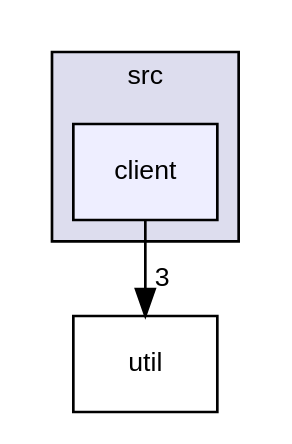
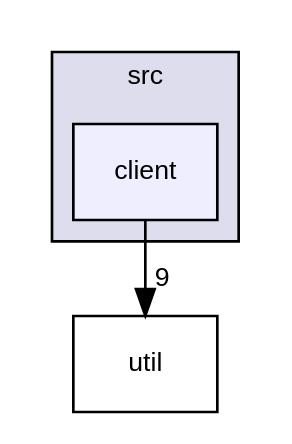
The diagram in dir_6908ff505388a07996d238c763adbdab_dep.dot (ctrlMarcio/feup-sope-proj2), drawn with Graphviz before and after one commit. The commit also changed 115 other files, not shown here.

```diff
--- a/dir_6908ff505388a07996d238c763adbdab_dep.dot
+++ b/dir_6908ff505388a07996d238c763adbdab_dep.dot
@@ -1,11 +1,11 @@
 digraph "/home/runner/work/feup-sope-proj2/feup-sope-proj2/src/client" {
   compound=true
   node [ fontsize="10", fontname="Helvetica"];
   edge [ labelfontsize="10", labelfontname="Helvetica"];
   subgraph clusterdir_68267d1309a1af8e8297ef4c3efbcdba {
     graph [ bgcolor="#ddddee", pencolor="black", label="src" fontname="Helvetica", fontsize="10", URL="dir_68267d1309a1af8e8297ef4c3efbcdba.html"]
   dir_6908ff505388a07996d238c763adbdab [shape=box, label="client", style="filled", fillcolor="#eeeeff", pencolor="black", URL="dir_6908ff505388a07996d238c763adbdab.html"];
   }
   dir_b7878ad5ecbf2506f4125b9d34c97e45 [shape=box label="util" URL="dir_b7878ad5ecbf2506f4125b9d34c97e45.html"];
-  dir_6908ff505388a07996d238c763adbdab->dir_b7878ad5ecbf2506f4125b9d34c97e45 [headlabel="3", labeldistance=1.5 headhref="dir_000001_000003.html"];
+  dir_6908ff505388a07996d238c763adbdab->dir_b7878ad5ecbf2506f4125b9d34c97e45 [headlabel="9", labeldistance=1.5 headhref="dir_000001_000003.html"];
 }
```
